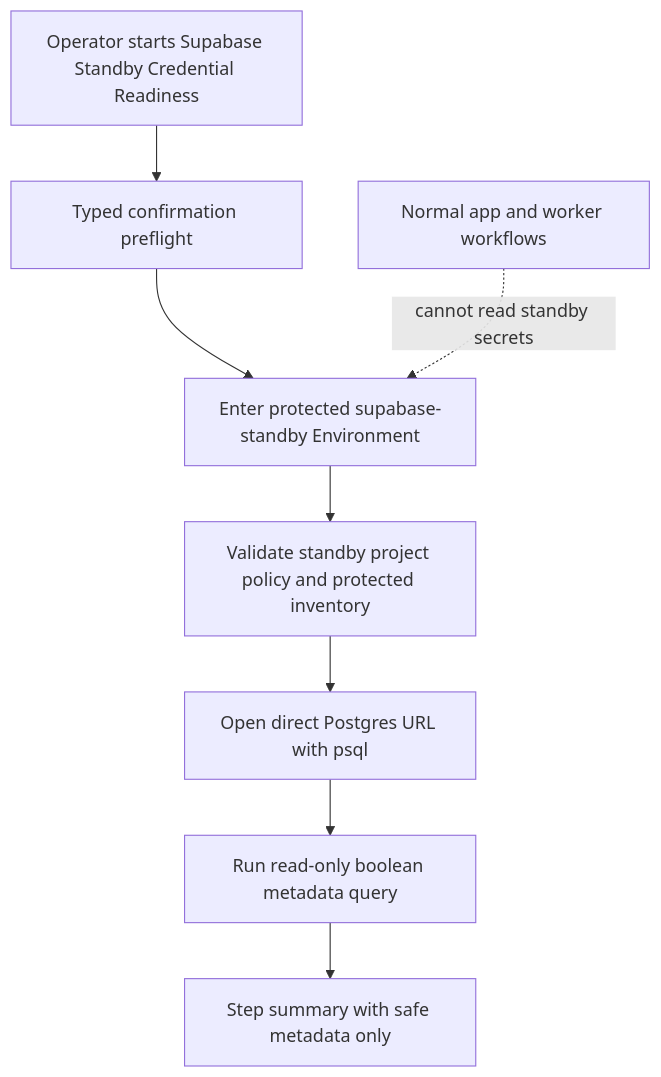
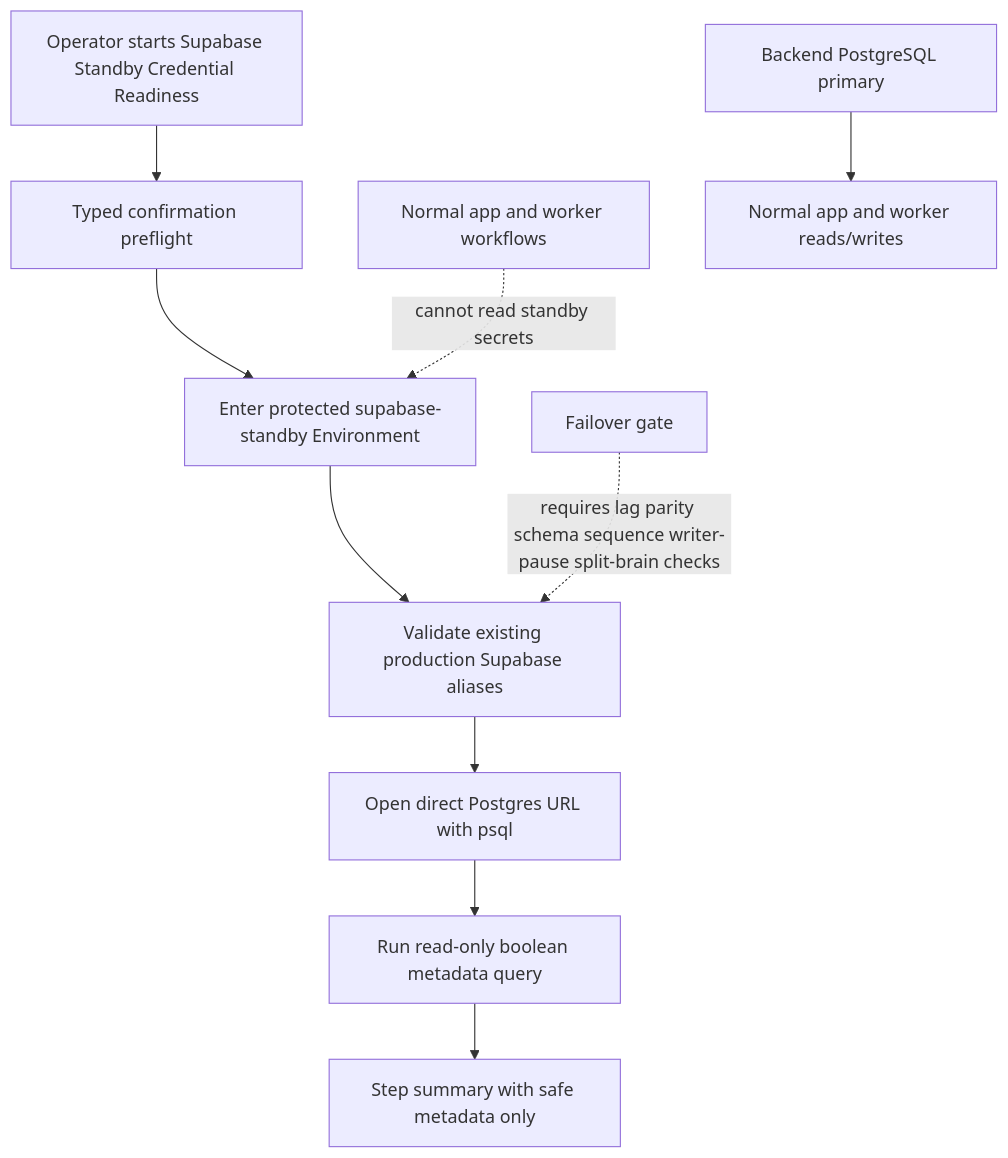
Before and after one commit to ramideltoro/nutsnews-docs: the second of 6 diagrams in NUTSNEWS_BACKEND_POSTGRES_FAILOVER.md, drawn with Mermaid. The commit also changed other lines of this file, not shown here.

Commit message:
Correct Supabase standby target policy

````diff
--- a/NUTSNEWS_BACKEND_POSTGRES_FAILOVER.md
+++ b/NUTSNEWS_BACKEND_POSTGRES_FAILOVER.md
@@ -76,10 +77,12 @@
 ```mermaid
 flowchart TD
     A[Operator starts Supabase Standby Credential Readiness] --> B[Typed confirmation preflight]
     B --> C[Enter protected supabase-standby Environment]
-    C --> D[Validate standby project policy and protected inventory]
+    C --> D[Validate existing production Supabase aliases]
     D --> E[Open direct Postgres URL with psql]
     E --> F[Run read-only boolean metadata query]
     F --> G[Step summary with safe metadata only]
     H[Normal app and worker workflows] -. cannot read standby secrets .-> C
+    I[Backend PostgreSQL primary] --> J[Normal app and worker reads/writes]
+    K[Failover gate] -. requires lag parity schema sequence writer-pause split-brain checks .-> D
 ```
````
